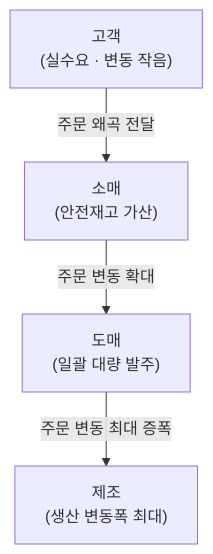
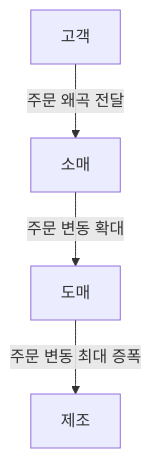
One commit to agnusdei1207/study changed the third of 4 diagrams in src/content/docs/notes/itpe/01-it-strategy/005_scm.md. Above: the diagram before and after it, drawn with Mermaid. The commit also changed other lines of this file and 19 other files, not shown here.

````diff
--- a/src/content/docs/notes/itpe/01-it-strategy/005_scm.md
+++ b/src/content/docs/notes/itpe/01-it-strategy/005_scm.md
@@ -89,6 +90,6 @@
 ```mermaid
 flowchart TD
-    C["고객<br/>(실수요 · 변동 작음)"] -->|"주문 왜곡 전달"| R["소매<br/>(안전재고 가산)"]
-    R -->|"주문 변동 확대"| W["도매<br/>(일괄 대량 발주)"]
-    W -->|"주문 변동 최대 증폭"| M["제조<br/>(생산 변동폭 최대)"]
+    C["고객"] -->|"주문 왜곡 전달"| R["소매"]
+    R -->|"주문 변동 확대"| W["도매"]
+    W -->|"주문 변동 최대 증폭"| M["제조"]
 ```
````
